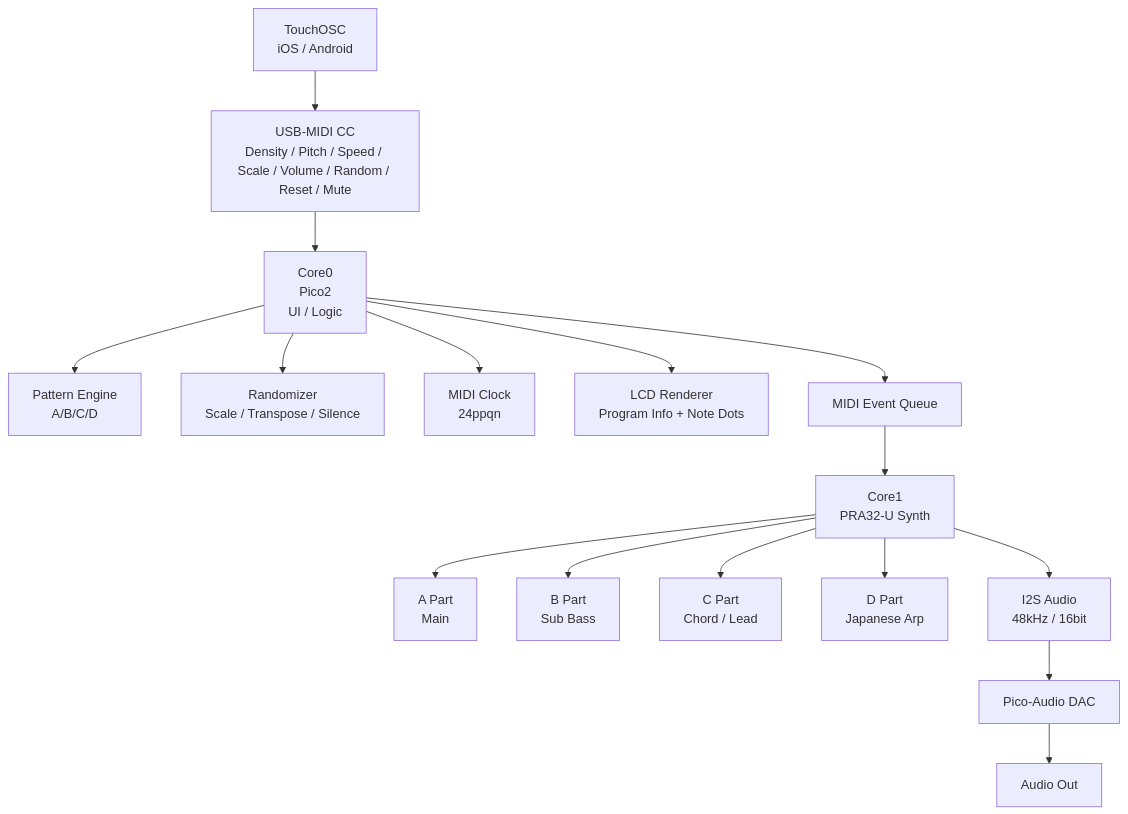
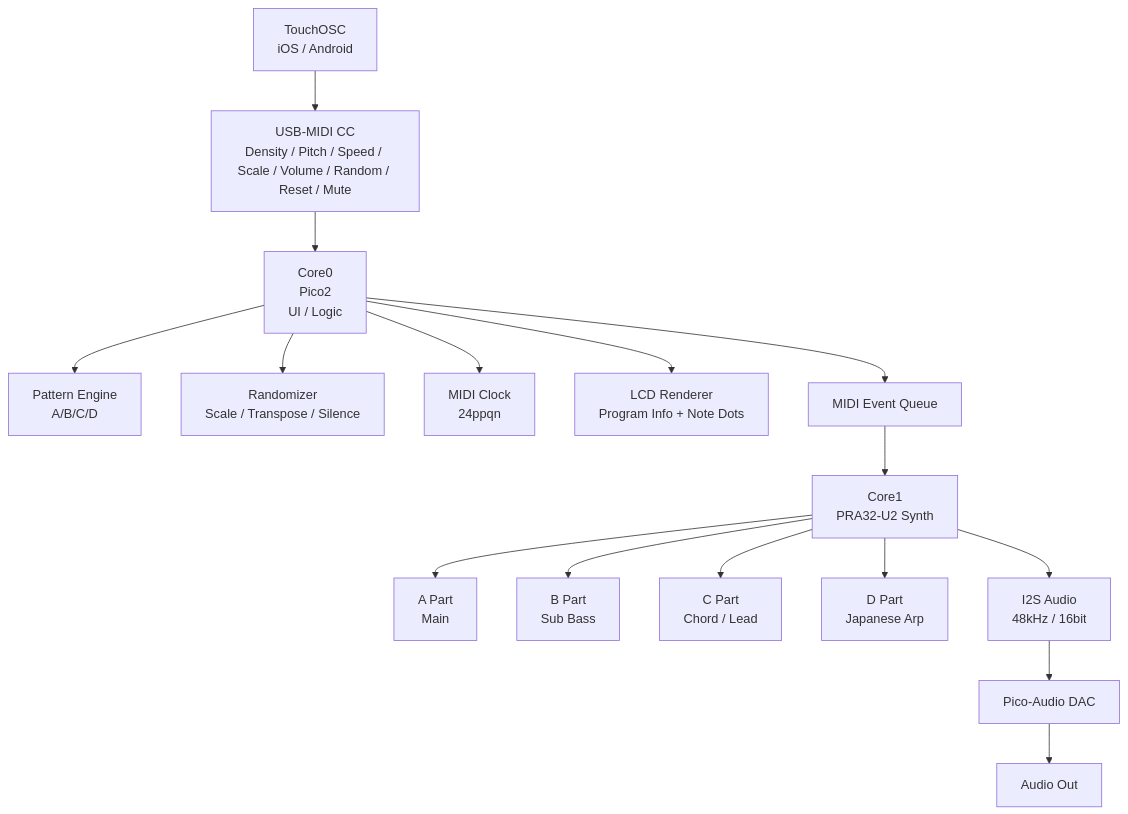
Before and after one commit to plantssystem/KOSMOS2: the first of 2 diagrams in README.md, drawn with Mermaid. The commit also changed other lines of this file, not shown here.

````diff
--- a/README.md
+++ b/README.md
@@ -163,39 +163,39 @@
 ```mermaid
 flowchart TD
 
     %% ============================
     %% 外部コントローラー
     %% ============================
     TO[TouchOSC<br/>iOS / Android] --> CC[USB-MIDI CC<br/>Density / Pitch / Speed / Scale / Volume / Random / Reset / Mute]
 
     %% ============================
     %% Core0（UI + ロジック）
     %% ============================
     CC --> C0[Core0<br/>Pico2<br/>UI / Logic]
 
     C0 --> PAT[Pattern Engine<br/>A/B/C/D]
     C0 --> RAND[Randomizer<br/>Scale / Transpose / Silence]
     C0 --> CLOCK[MIDI Clock<br/>24ppqn]
     C0 --> LCD[LCD Renderer<br/>Program Info + Note Dots]
 
     %% Core0 → Core1
     C0 --> Q[MIDI Event Queue]
 
     %% ============================
-    %% Core1（PRA32-U シンセ）
+    %% Core1（PRA32-U2 シンセ）
     %% ============================
-    Q --> C1[Core1<br/>PRA32-U Synth]
+    Q --> C1[Core1<br/>PRA32-U2 Synth]
 
     C1 --> A[A Part<br/>Main]
     C1 --> B[B Part<br/>Sub Bass]
     C1 --> C[C Part<br/>Chord / Lead]
     C1 --> D[D Part<br/>Japanese Arp]
 
     %% ============================
     %% オーディオ出力
     %% ============================
     C1 --> I2S[I2S Audio<br/>48kHz / 16bit]
     I2S --> DAC[Pico-Audio DAC]
     DAC --> OUT[Audio Out]
 
 ```
````
